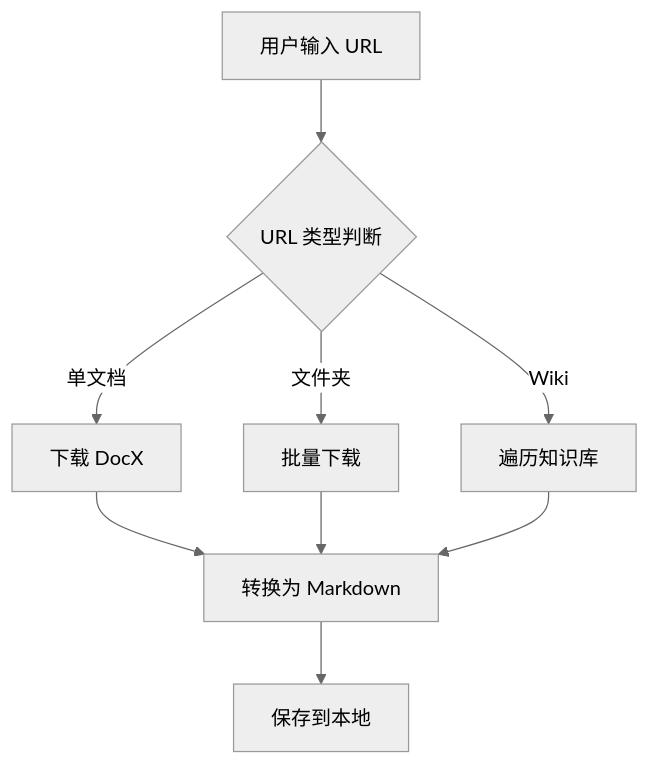
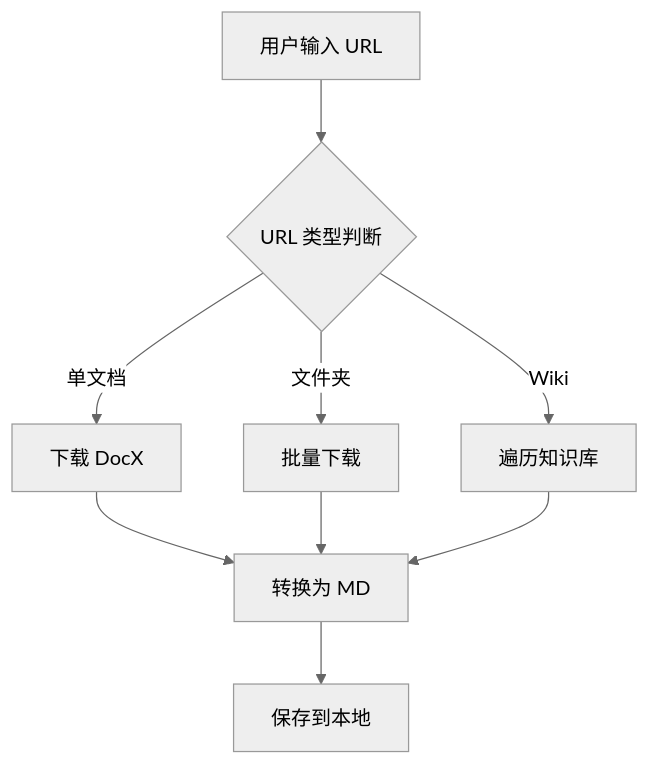
The diagram in testdata/upload.mermaid.md (amzyang/larkdown), drawn with Mermaid (neutral theme) before and after one commit. The commit also changed 10 other files, not shown here.

````diff
--- a/testdata/upload.mermaid.md
+++ b/testdata/upload.mermaid.md
@@ -2,11 +2,11 @@
 ```mermaid
 graph TD
     A[用户输入 URL] --> B{URL 类型判断}
     B -->|单文档| C[下载 DocX]
     B -->|文件夹| D[批量下载]
     B -->|Wiki| E[遍历知识库]
-    C --> F[转换为 Markdown]
+    C --> F[转换为 MD]
     D --> F
     E --> F
     F --> G[保存到本地]
 ```
````
